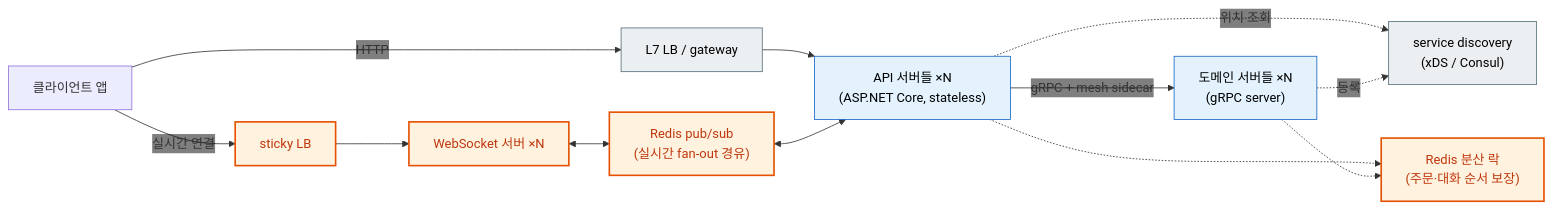
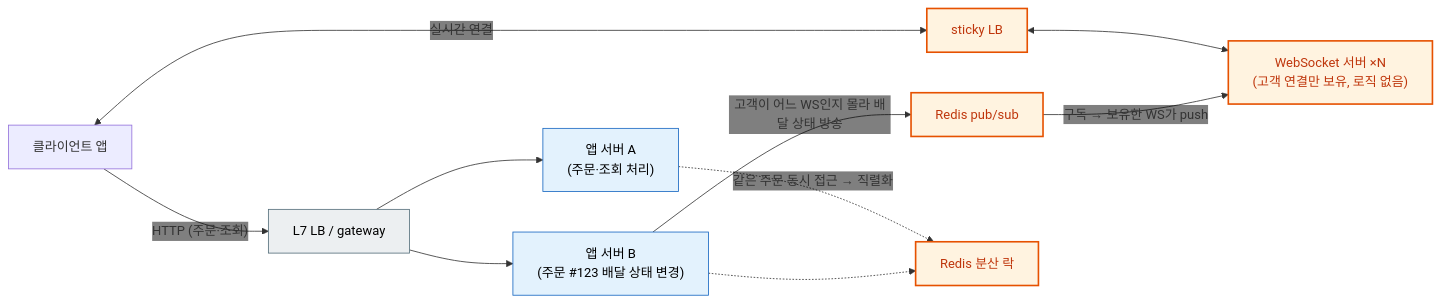
The fifth of 14 diagrams in framework/doc/framework/common/guide/server/01-overview.ko.md (zlink-systems/zlink), drawn with Mermaid before and after one commit. The commit also changed other lines of this file, not shown here.

First line of the commit message:
docs(framework): 오버뷰 실시간 절을 배달 주문 앱 앵커로 재구성하고 ZLink 그림 교정

````diff
--- a/framework/doc/framework/common/guide/server/01-overview.ko.md
+++ b/framework/doc/framework/common/guide/server/01-overview.ko.md
@@ -598,27 +599,26 @@
 ```mermaid
 %%{init: {'themeVariables': {'edgeLabelBackground':'transparent'}}}%%
 flowchart LR
     Client["클라이언트 앱"]
     LB["L7 LB / gateway"]:::infra
-    Api["API 서버들 ×N<br/>(ASP.NET Core, stateless)"]:::app
-    Dom["도메인 서버들 ×N<br/>(gRPC server)"]:::app
-    SD["service discovery<br/>(xDS / Consul)"]:::infra
     SLB["sticky LB"]:::extra
-    WS["WebSocket 서버 ×N"]:::extra
-    RP["Redis pub/sub<br/>(실시간 fan-out 경유)"]:::extra
-    RL["Redis 분산 락<br/>(주문·대화 순서 보장)"]:::extra
+    WS["WebSocket 서버 ×N<br/>(고객 연결만 보유, 로직 없음)"]:::extra
+    A["앱 서버 A<br/>(주문·조회 처리)"]:::app
+    B["앱 서버 B<br/>(주문 #123 배달 상태 변경)"]:::app
+    RP["Redis pub/sub"]:::extra
+    RL["Redis 분산 락"]:::extra
 
-    Client -- "HTTP" --> LB --> Api
-    Api -- "gRPC + mesh sidecar" --> Dom
-    Api -.->|"위치 조회"| SD
-    Dom -.->|"등록"| SD
-    Client -- "실시간 연결" --> SLB --> WS
-    WS <--> RP
-    RP <--> Api
-    Api -.-> RL
-    Dom -.-> RL
+    Client -- "HTTP (주문·조회)" --> LB
+    LB --> A
+    LB --> B
+    Client <-->|"실시간 연결"| SLB
+    SLB <--> WS
+    B -- "고객이 어느 WS인지 몰라 배달 상태 방송" --> RP
+    RP -- "구독 → 보유한 WS가 push" --> WS
+    A -.->|"같은 주문 동시 접근 → 직렬화"| RL
+    B -.-> RL
 
     classDef app fill:#e3f2fd,stroke:#1565c0,color:#000000
     classDef infra fill:#eceff1,stroke:#546e7a,color:#000000
     classDef extra fill:#fff3e0,stroke:#e65100,stroke-width:2px,color:#bf360c
 ```
````
